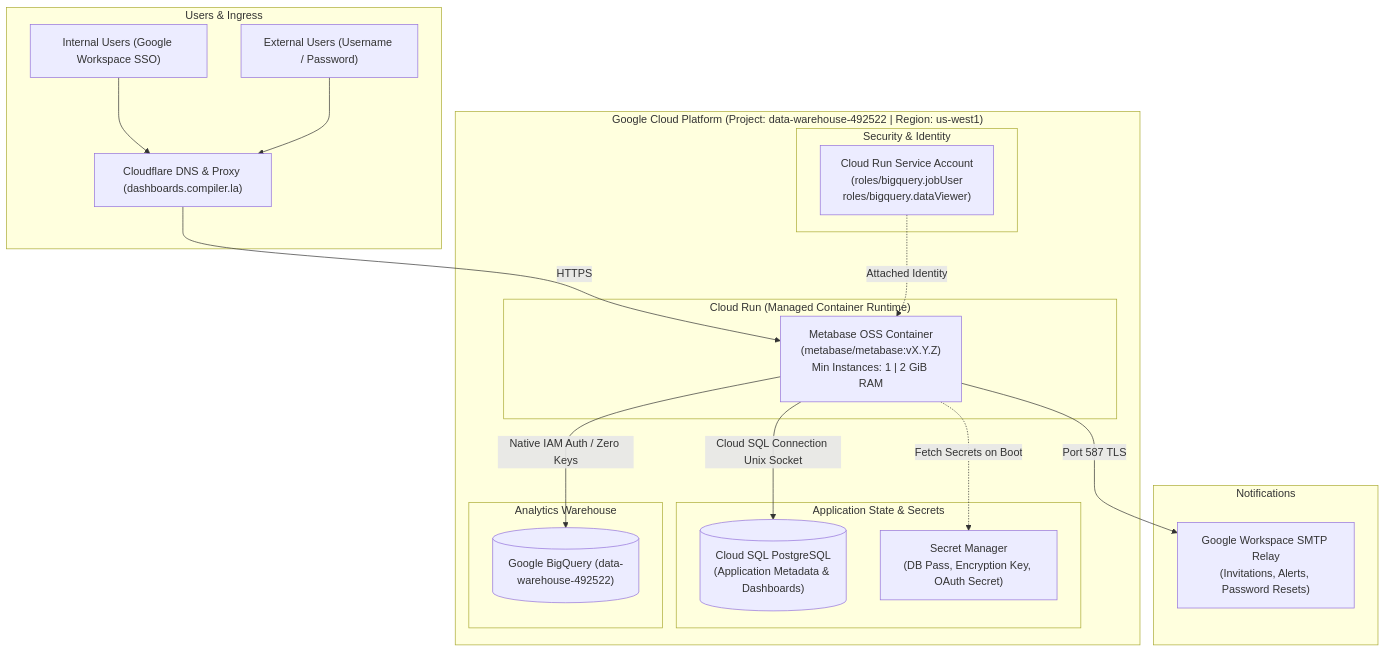
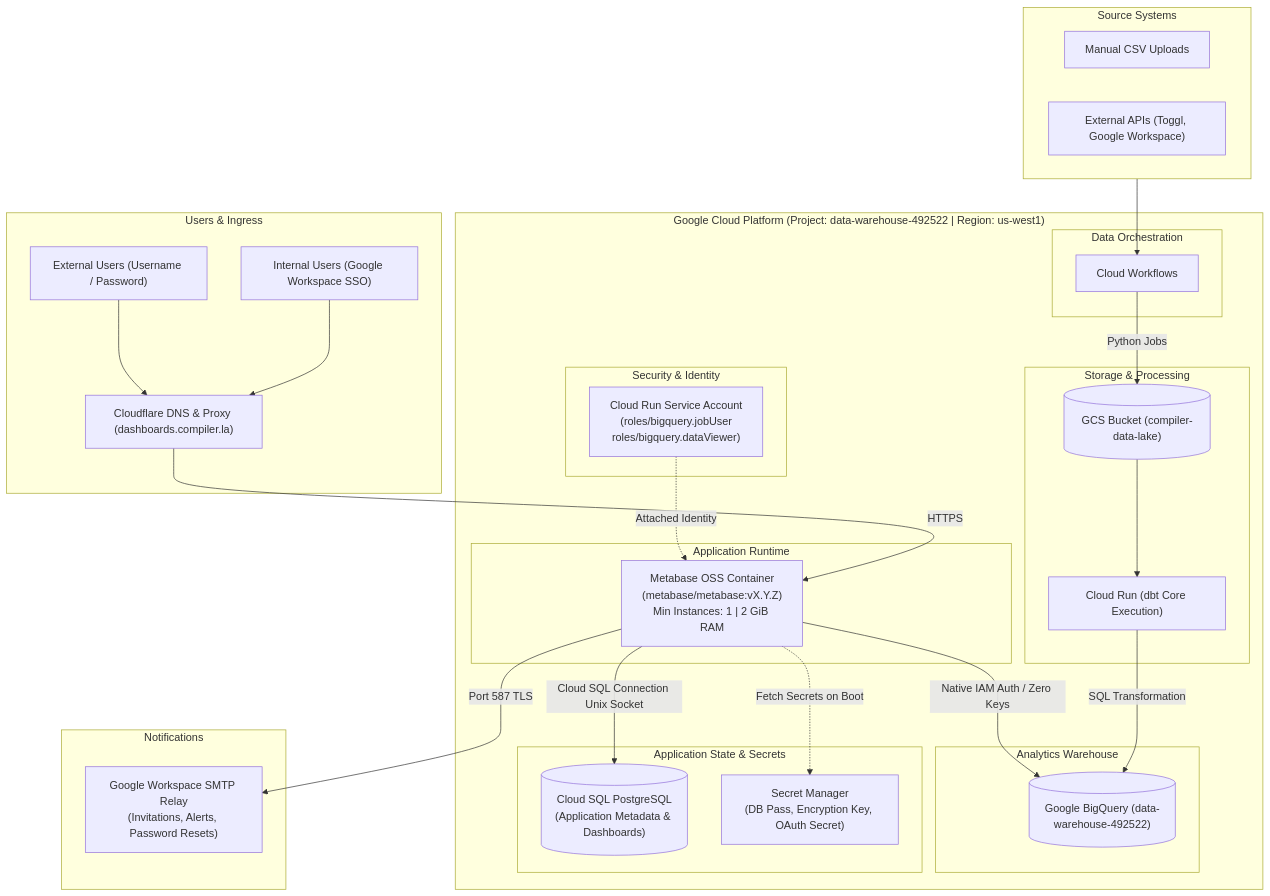
One commit to compilerla/dashboards changed the diagram in docs/explanation/architecture.md. Above: the diagram before and after it, drawn with Mermaid. The commit also changed other lines of this file and 2 other files, not shown here.

Commit message:
docs: add orchestration and dbt to plan, architecture

````diff
--- a/docs/explanation/architecture.md
+++ b/docs/explanation/architecture.md
@@ -7,42 +7,61 @@
 ```mermaid
 flowchart TD
     subgraph Users & Ingress
         U_Internal["Internal Users (Google Workspace SSO)"]
         U_External["External Users (Username / Password)"]
         CF["Cloudflare DNS & Proxy (dashboards.compiler.la)"]
     end
 
+    subgraph Sources ["Source Systems"]
+        CSV["Manual CSV Uploads"]
+        API["External APIs (Toggl, Google Workspace)"]
+    end
+
     subgraph GCP ["Google Cloud Platform (Project: data-warehouse-492522 | Region: us-west1)"]
-        subgraph CloudRun ["Cloud Run (Managed Container Runtime)"]
+        subgraph Orchestration ["Data Orchestration"]
+            Workflows["Cloud Workflows"]
+        end
+
+        subgraph Storage ["Storage & Processing"]
+            GCS[("GCS Bucket (compiler-data-lake)")]
+            dbtRun["Cloud Run (dbt Core Execution)"]
+        end
+
+        subgraph Analytics ["Analytics Warehouse"]
+            BQ[("Google BigQuery (data-warehouse-492522)")]
+        end
+
+        subgraph CloudRun ["Application Runtime"]
             MB["Metabase OSS Container<br/>(metabase/metabase:vX.Y.Z)<br/>Min Instances: 1 | 2 GiB RAM"]
         end
 
         subgraph Storage_State ["Application State & Secrets"]
             CSQL[("Cloud SQL PostgreSQL<br/>(Application Metadata & Dashboards)")]
             SM["Secret Manager<br/>(DB Pass, Encryption Key, OAuth Secret)"]
-        end
-
-        subgraph Analytics ["Analytics Warehouse"]
-            BQ[("Google BigQuery (data-warehouse-492522)")]
         end
 
         subgraph IAM_Service ["Security & Identity"]
             SA["Cloud Run Service Account<br/>(roles/bigquery.jobUser<br/>roles/bigquery.dataViewer)"]
         end
     end
 
     subgraph Outbound ["Notifications"]
         GW_SMTP["Google Workspace SMTP Relay<br/>(Invitations, Alerts, Password Resets)"]
     end
 
     U_Internal --> CF
     U_External --> CF
     CF -->|HTTPS| MB
 
+    Sources --> Workflows
+    Workflows -->|Python Jobs| GCS
+    GCS --> dbtRun
+    dbtRun -->|SQL Transformation| BQ
+
     MB -->|Cloud SQL Connection Unix Socket| CSQL
     MB -.->|Fetch Secrets on Boot| SM
     MB -->|Native IAM Auth / Zero Keys| BQ
     SA -.->|Attached Identity| MB
 
     MB -->|Port 587 TLS| GW_SMTP
 ```
````
